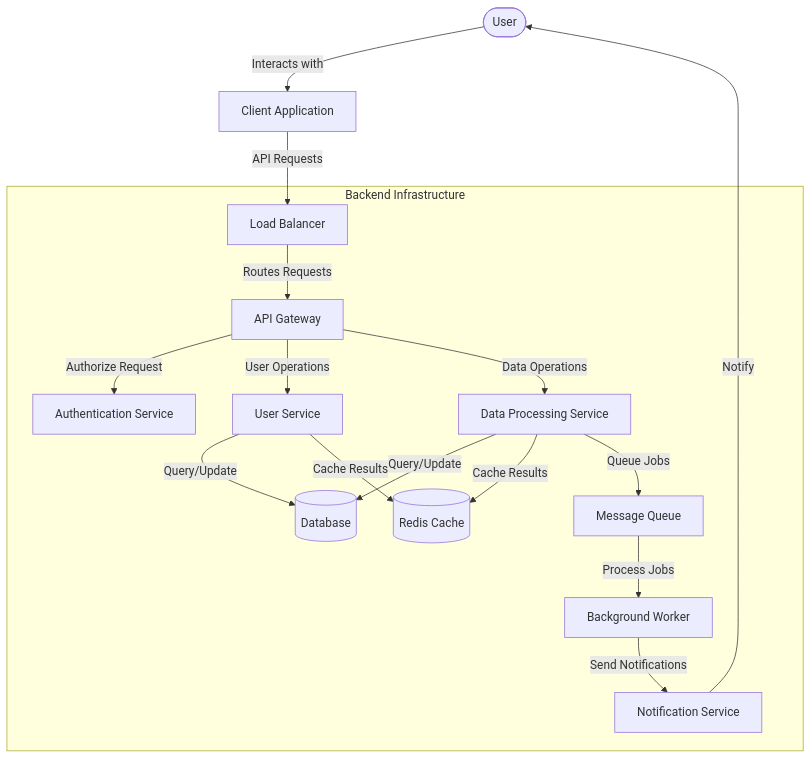
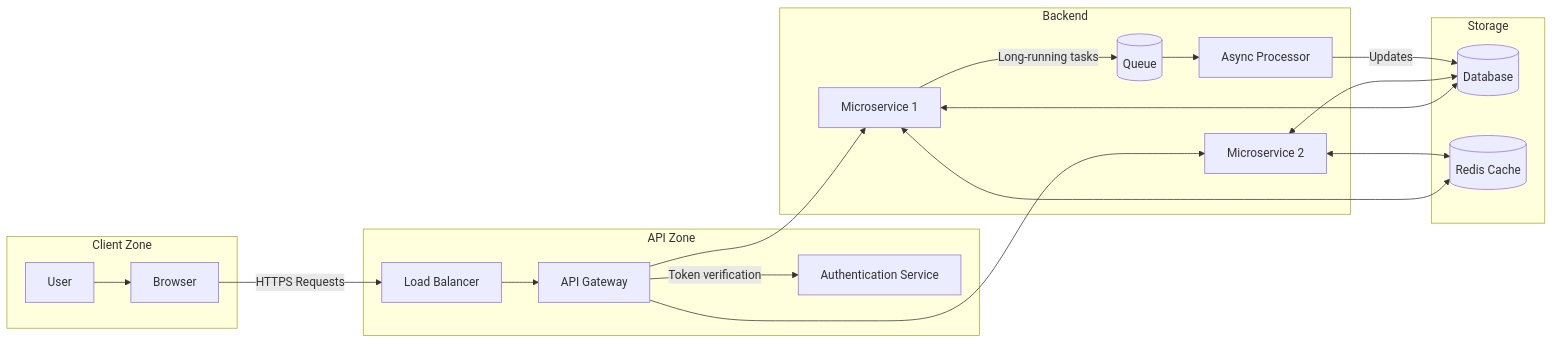
One commit to Meekiavelique/mdoc changed the diagram in api/templates/docs/example.md. Above: the diagram before and after it, drawn with Mermaid. The commit also changed other lines of this file and 5 other files, not shown here.

````diff
--- a/api/templates/docs/example.md
+++ b/api/templates/docs/example.md
@@ -236,43 +230,39 @@
 ```mermaid
-flowchart TB
-    User([User])
-    Client[Client Application]
-    LB[Load Balancer]
-    API[API Gateway]
-    Auth[Authentication Service]
-    UserSvc[User Service]
-    DataSvc[Data Processing Service]
-    DB[(Database)]
-    Cache[(Redis Cache)]
-    MQ[Message Queue]
-    Worker[Background Worker]
-    Notif[Notification Service]
+flowchart LR
+    subgraph "Client Zone"
+        User[User]
+        Browser[Browser]
+    end
     
-    User -->|Interacts with| Client
-    Client -->|API Requests| LB
-    LB -->|Routes Requests| API
-    API -->|Authorize Request| Auth
-    API -->|User Operations| UserSvc
-    API -->|Data Operations| DataSvc
-    UserSvc -->|Query/Update| DB
-    DataSvc -->|Query/Update| DB
-    DataSvc -->|Cache Results| Cache
-    UserSvc -->|Cache Results| Cache
-    DataSvc -->|Queue Jobs| MQ
-    MQ -->|Process Jobs| Worker
-    Worker -->|Send Notifications| Notif
-    Notif -->|Notify| User
+    subgraph "API Zone"
+        LB[Load Balancer]
+        API[API Gateway]
+        Auth[Authentication Service]
+    end
     
-    subgraph Backend Infrastructure
-        LB
-        API
-        Auth
-        UserSvc
-        DataSvc
-        DB
-        Cache
-        MQ
-        Worker
-        Notif
+    subgraph "Backend"
+        MS1[Microservice 1]
+        MS2[Microservice 2]
+        Queue[(Queue)]
+        Worker[Async Processor]
     end
+    
+    subgraph "Storage"
+        DB[(Database)]
+        Cache[(Redis Cache)]
+    end
+    
+    User --> Browser
+    Browser -- "HTTPS Requests" --> LB
+    LB --> API
+    API -- "Token verification" --> Auth
+    API --> MS1
+    API --> MS2
+    MS1 <--> DB
+    MS2 <--> DB
+    MS1 <--> Cache
+    MS2 <--> Cache
+    MS1 -- "Long-running tasks" --> Queue
+    Queue --> Worker
+    Worker -- "Updates" --> DB
 ```
````
